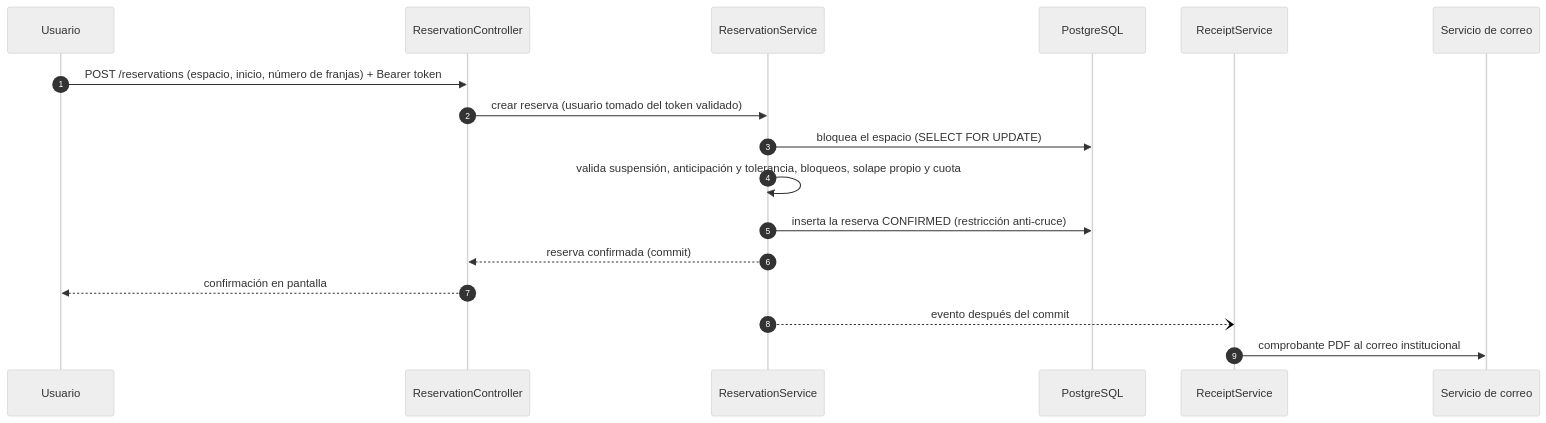
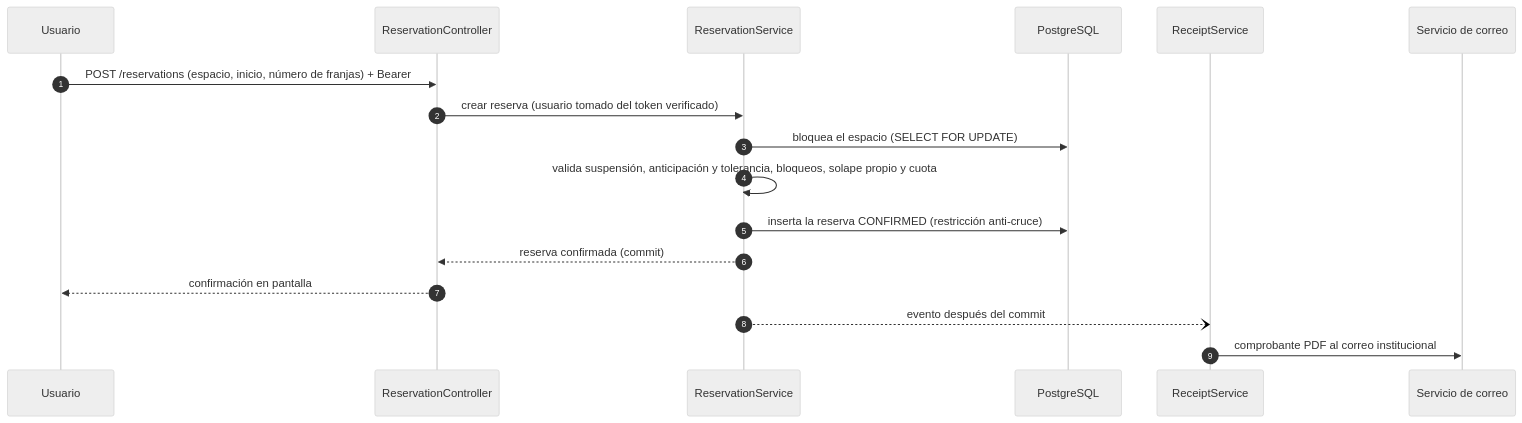
Before and after one commit to SebasTK2008/Unimag-Deportes: the third of 5 diagrams in docs/techincal-plan/plan-general.md, drawn with Mermaid (neutral theme). The commit also changed other lines of this file and 2 other files, not shown here.

````diff
--- a/docs/techincal-plan/plan-general.md
+++ b/docs/techincal-plan/plan-general.md
@@ -312,20 +312,20 @@
 ```mermaid
 sequenceDiagram
   autonumber
   participant U as Usuario
   participant C as ReservationController
   participant S as ReservationService
   participant DB as PostgreSQL
   participant R as ReceiptService
   participant M as Servicio de correo
 
-  U->>C: POST /reservations (espacio, inicio, número de franjas) + Bearer token
-  C->>S: crear reserva (usuario tomado del token validado)
+  U->>C: POST /reservations (espacio, inicio, número de franjas) + Bearer
+  C->>S: crear reserva (usuario tomado del token verificado)
   S->>DB: bloquea el espacio (SELECT FOR UPDATE)
   S->>S: valida suspensión, anticipación y tolerancia, bloqueos, solape propio y cuota
   S->>DB: inserta la reserva CONFIRMED (restricción anti-cruce)
   S-->>C: reserva confirmada (commit)
   C-->>U: confirmación en pantalla
   S--)R: evento después del commit
   R->>M: comprobante PDF al correo institucional
 ```
````
